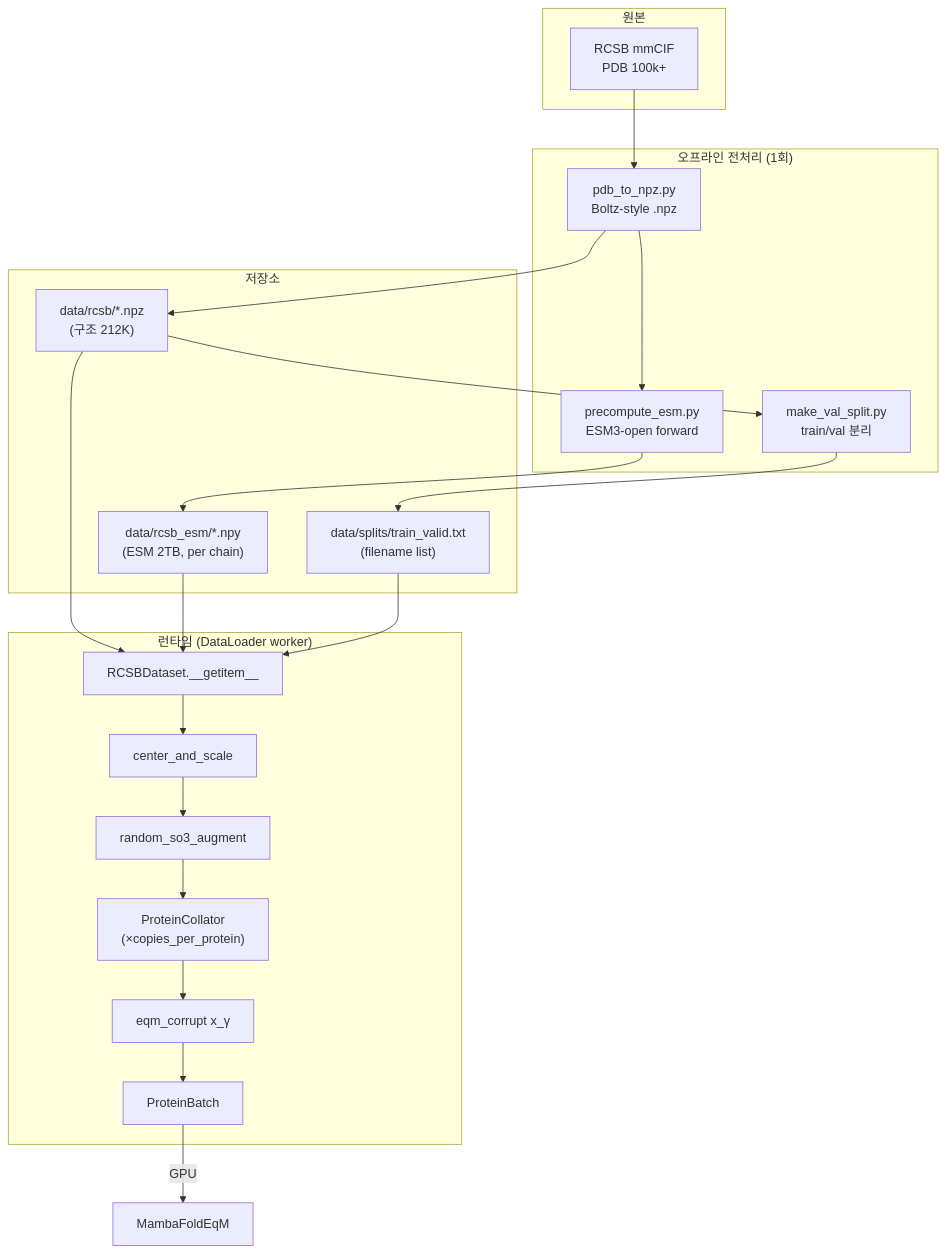
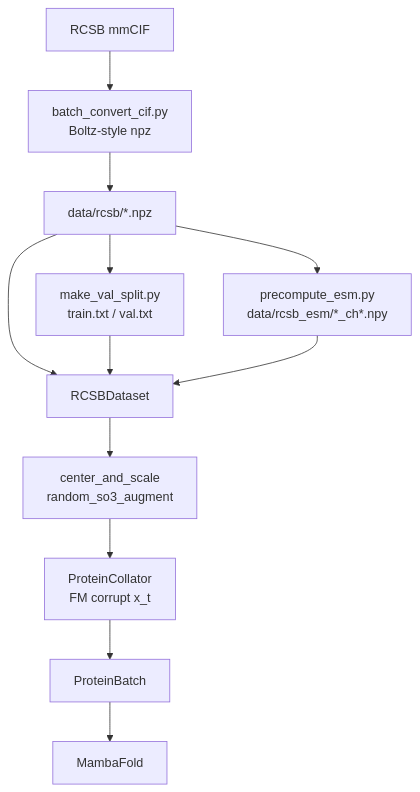
One commit to eightmm/mambafold changed the diagram in docs/data_pipeline.md. Above: the diagram before and after it, drawn with Mermaid. The commit also changed other lines of this file and 158 other files, not shown here.

````diff
--- a/docs/data_pipeline.md
+++ b/docs/data_pipeline.md
@@ -7,34 +7,12 @@
 ```mermaid
 flowchart TB
-    subgraph Raw["원본"]
-        R1[RCSB mmCIF<br/>PDB 100k+]
-    end
-
-    subgraph PreprocessOffline["오프라인 전처리 (1회)"]
-        P1[pdb_to_npz.py<br/>Boltz-style .npz]
-        P2[precompute_esm.py<br/>ESM3-open forward]
-        P3[make_val_split.py<br/>train/val 분리]
-    end
-
-    subgraph Stored["저장소"]
-        S1["data/rcsb/*.npz<br/>(구조 212K)"]
-        S2["data/rcsb_esm/*.npy<br/>(ESM 2TB, per chain)"]
-        S3["data/splits/train_valid.txt<br/>(filename list)"]
-    end
-
-    subgraph Runtime["런타임 (DataLoader worker)"]
-        D1[RCSBDataset.__getitem__]
-        D2[center_and_scale]
-        D3[random_so3_augment]
-        D4["ProteinCollator<br/>(×copies_per_protein)"]
-        D5[eqm_corrupt x_γ]
-        D6[ProteinBatch]
-    end
-
-    R1 --> P1 --> S1
-    P1 --> P2 --> S2
-    S1 --> P3 --> S3
-    S1 & S2 & S3 --> D1
-    D1 --> D2 --> D3 --> D4 --> D5 --> D6
-    D6 -->|GPU| Model[MambaFoldEqM]
+    R[RCSB mmCIF] --> C[batch_convert_cif.py<br/>Boltz-style npz]
+    C --> N[data/rcsb/*.npz]
+    N --> S[make_val_split.py<br/>train.txt / val.txt]
+    N --> E[precompute_esm.py<br/>data/rcsb_esm/*_ch*.npy]
+    N & S & E --> D[RCSBDataset]
+    D --> T[center_and_scale<br/>random_so3_augment]
+    T --> P[ProteinCollator<br/>FM corrupt x_t]
+    P --> B[ProteinBatch]
+    B --> M[MambaFold]
 ```
````
